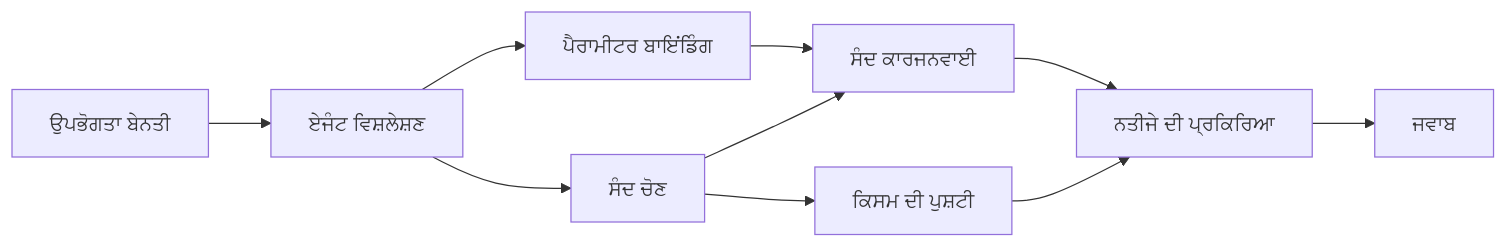
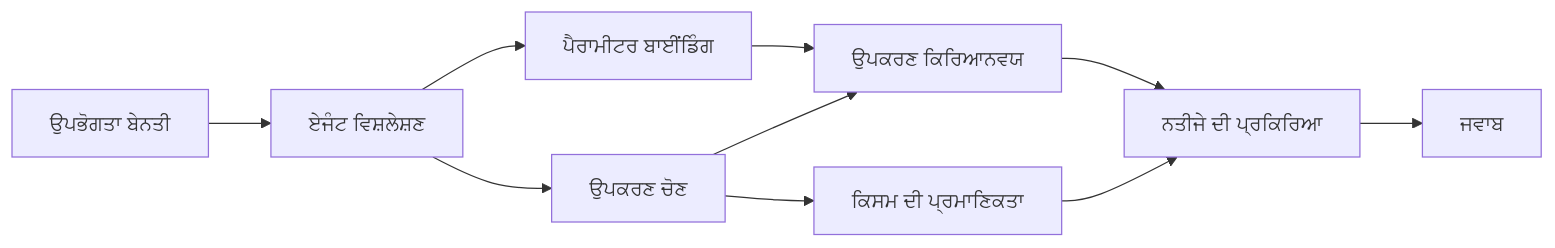
The diagram in translations/pa/04-tool-use/code_samples/04-dotnet-agent-framework.md (venturemavenwill/azureaifundamentals), drawn with Mermaid before and after one commit. The commit also changed other lines of this file and 2002 other files, not shown here.

````diff
--- a/translations/pa/04-tool-use/code_samples/04-dotnet-agent-framework.md
+++ b/translations/pa/04-tool-use/code_samples/04-dotnet-agent-framework.md
@@ -40,12 +40,12 @@
 ```mermaid
 graph LR
     A[ਉਪਭੋਗਤਾ ਬੇਨਤੀ] --> B[ਏਜੰਟ ਵਿਸ਼ਲੇਸ਼ਣ]
-    B --> C[ਸੰਦ ਚੋਣ]
-    C --> D[ਕਿਸਮ ਦੀ ਪੁਸ਼ਟੀ]
-    B --> E[ਪੈਰਾਮੀਟਰ ਬਾਇਂਡਿੰਗ]
-    E --> F[ਸੰਦ ਕਾਰਜਨਵਾਈ]
+    B --> C[ਉਪਕਰਣ ਚੋਣ]
+    C --> D[ਕਿਸਮ ਦੀ ਪ੍ਰਮਾਣਿਕਤਾ]
+    B --> E[ਪੈਰਾਮੀਟਰ ਬਾਈਂਡਿੰਗ]
+    E --> F[ਉਪਕਰਣ ਕਿਰਿਆਨਵਯ]
     C --> F
     F --> G[ਨਤੀਜੇ ਦੀ ਪ੍ਰਕਿਰਿਆ]
     D --> G
     G --> H[ਜਵਾਬ]
 ```
````
